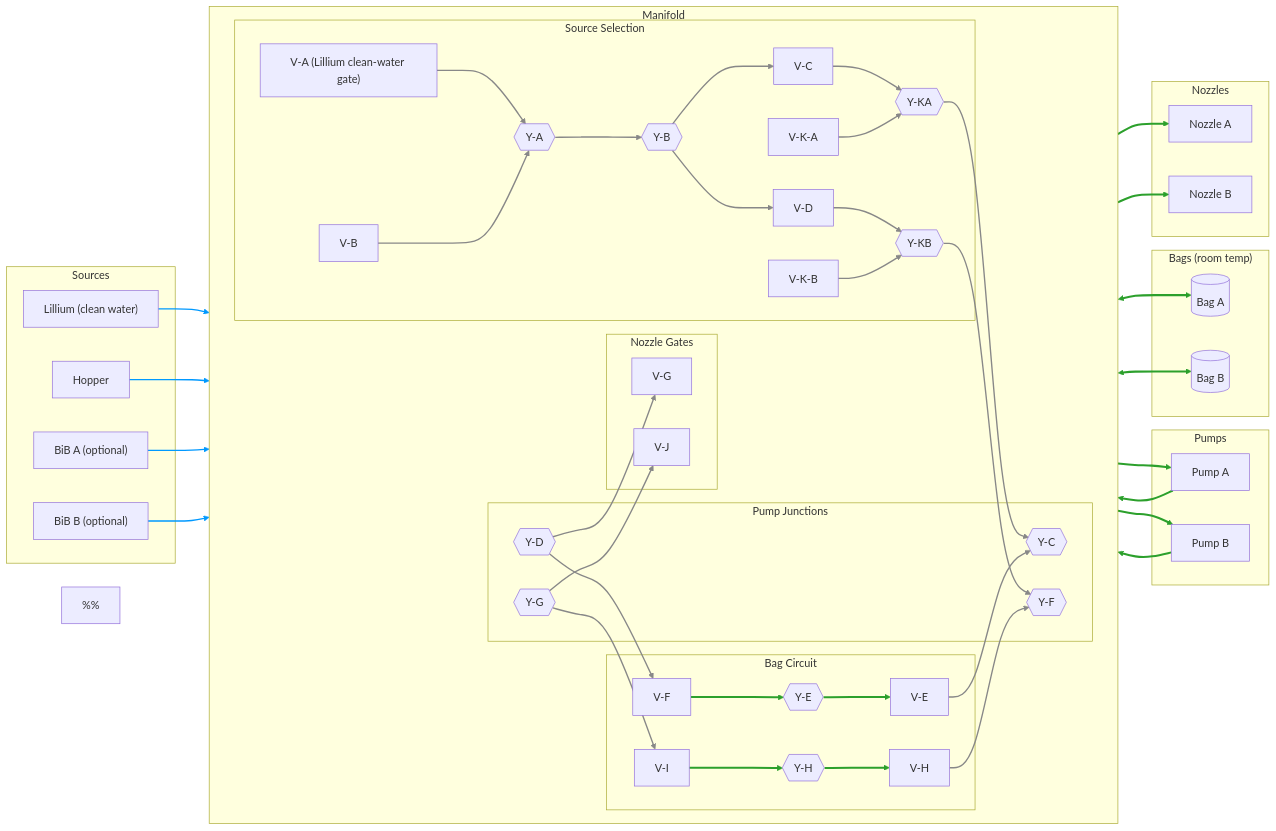
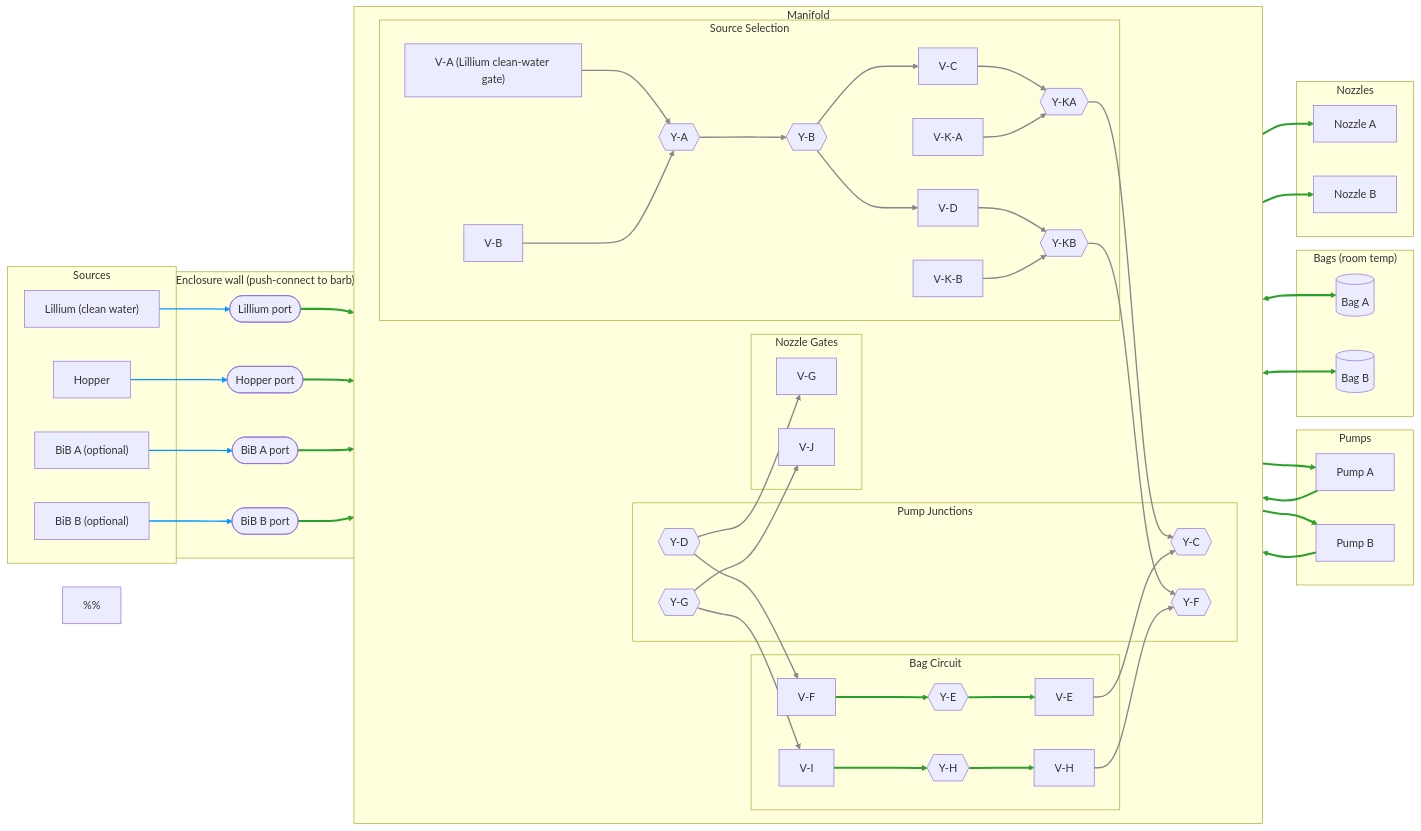
The diagram in pie-in-the-sky/lite/fluid-topology-manifold.mmd (derekbreden/homesodamachine), drawn with Mermaid before and after one commit.

Commit message:
pie-in-the-sky/lite: split manifold port edges at the enclosure wall
Each customer source now routes through an enclosure-wall port node — a
push-connect to barb bulkhead fitting — instead of straight to its valve.
The external push-connect stub (source -> port) stays blue; the long clear
tube from the port on to the manifold valve is green, like every other clear
run. Adds an "Enclosure wall" subgraph holding the four port fittings. Edge
count 33 -> 37; linkStyle indices renumbered (verified 1:1 across all edges).

```diff
--- a/pie-in-the-sky/lite/fluid-topology-manifold.mmd
+++ b/pie-in-the-sky/lite/fluid-topology-manifold.mmd
@@ -1,142 +1,160 @@
 flowchart LR
 
   %% =====================================================================
   %% Lite Edition — Flavor Manifold
   %% Pie-in-the-sky, not roadmap.
   %%
   %% Fork of the integrated manifold (/hardware/topology/fluid-topology-manifold.mmd
   %% and /hardware/topology/fluid-topology.md). Same valve set; the Lite differs in:
   %%   - No chill: the bag is a room-temperature reservoir, not a chilled buffer.
   %%   - V-A is fed from the customer's Lillium water outlet (no house-pressure
   %%     flow regulator).
   %%   - BiB (optional) dispenses DIRECT: BiB -> pump -> nozzle, no bag pre-load.
   %%     Same edges as the integrated build; it is an operations change (open the
   %%     nozzle gate, not the bag-fill gate). The internal bag is the hopper
   %%     reservoir only.
   %%
   %% Edge color = tube material:
   %%   green = clear NSF-51 PVC — the runs the user reads through the transparent
-  %%           enclosure while priming/refilling/cleaning by eye
+  %%           enclosure (nozzle lines, bag legs, pump loops) AND the long clear
+  %%           tube from each enclosure-wall port to its manifold valve
   %%   grey  = JG push-to-connect on LLDPE — hidden manifold routing
-  %%   blue  = customer push-connect ports — external connections in
+  %%   blue  = customer push-connect — the external stub from each source only up
+  %%           to its enclosure-wall port; that port is a PC->barb transition,
+  %%           where the run becomes green (clear) on the way to the manifold
   %% Clear runs join the PTC manifold via a JG stem-barb bridge at each takeoff.
   %%
   %% Candidate parts: PVCA-0204 (flavor, 1/8" ID), PVCA-0406 (clean-cycle, 1/4" ID),
-  %% PI250808S stem-barb bridge. Valves stay PTC.
+  %% PI250808S stem-barb bridge. Valves stay PTC. Wall ports are PC->barb bulkhead
+  %% fittings.
   %% Open: keep BiB or drop V-K-A/B; pump loops are clear only if the pump is visible.
   %% =====================================================================
 
   subgraph Sources["Sources"]
     Lillium["Lillium (clean water)"]
     Hopper["Hopper"]
     BiBA["BiB A (optional)"]
     BiBB["BiB B (optional)"]
+  end
+
+  subgraph EnclosureWall["Enclosure wall (push-connect to barb)"]
+    PortLillium(["Lillium port"])
+    PortHopper(["Hopper port"])
+    PortBiBA(["BiB A port"])
+    PortBiBB(["BiB B port"])
   end
 
   subgraph Pumps["Pumps"]
     PA["Pump A"]
     PB["Pump B"]
   end
 
   subgraph Bags["Bags (room temp)"]
     BagA[("Bag A")]
     BagB[("Bag B")]
   end
 
   subgraph Nozzles["Nozzles"]
     NozzleA["Nozzle A"]
     NozzleB["Nozzle B"]
   end
 
   subgraph Manifold["Manifold"]
     direction LR
 
     subgraph SourceSelection["Source Selection"]
       VA["V-A (Lillium clean-water gate)"]
       VB["V-B"]
       YA{{"Y-A"}}
       YB{{"Y-B"}}
       VC["V-C"]
       VD["V-D"]
       VKA["V-K-A"]
       VKB["V-K-B"]
       YKA{{"Y-KA"}}
       YKB{{"Y-KB"}}
     end
 
     subgraph MfPumps["Pump Junctions"]
       YC{{"Y-C"}}
       YD{{"Y-D"}}
       YF{{"Y-F"}}
       YG{{"Y-G"}}
     end
 
     subgraph MfNozzles["Nozzle Gates"]
       VG["V-G"]
       VJ["V-J"]
     end
 
     subgraph MfBags["Bag Circuit"]
       VE["V-E"]
       YE{{"Y-E"}}
       VF["V-F"]
       VH["V-H"]
       YH{{"Y-H"}}
       VI["V-I"]
     end
 
     %% manifold-internal edges (PTC, grey) — indices 0-16
     VA --> YA
     VB --> YA
     YA --> YB
     YB --> VC
     YB --> VD
     VC --> YKA
     VKA --> YKA
     VD --> YKB
     VKB --> YKB
     YKA --> YC
     YKB --> YF
     YD --> VG
     YD --> VF
     YG --> VJ
     YG --> VI
     VE --> YC
     VH --> YF
 
     %% bag-circuit legs (clear PVC) — indices 17-20
     VF --> YE
     YE --> VE
     VI --> YH
     YH --> VH
   end
 
-  %% customer push-connect ports (blue) — indices 21-24
-  Lillium --> VA
-  Hopper --> VB
-  BiBA --> VKA
-  BiBB --> VKB
+  %% Each source's external push-connect stub runs only up to its enclosure-wall
+  %% port (blue) — indices 21,23,25,27. At the port (a PC->barb bulkhead fitting)
+  %% the run becomes a long clear tube on to its manifold valve (green) —
+  %% indices 22,24,26,28.
+  Lillium --> PortLillium
+  PortLillium --> VA
+  Hopper --> PortHopper
+  PortHopper --> VB
+  BiBA --> PortBiBA
+  PortBiBA --> VKA
+  BiBB --> PortBiBB
+  PortBiBB --> VKB
 
-  %% pump loops (clear PVC, optional) — indices 25-28
+  %% pump loops (clear PVC, optional) — indices 29-32
   YC --> PA
   PA --> YD
   YF --> PB
   PB --> YG
 
-  %% bag runs (clear PVC) — indices 29-30
+  %% bag runs (clear PVC) — indices 33-34
   YE <--> BagA
   YH <--> BagB
 
-  %% nozzle lines (clear PVC) — indices 31-32
+  %% nozzle lines (clear PVC) — indices 35-36
   VG --> NozzleA
   VJ --> NozzleB
 
   %% =========================
   %% Edge styling (tube material)
   %% =========================
   %% PTC on LLDPE — hidden manifold routing
   linkStyle 0,1,2,3,4,5,6,7,8,9,10,11,12,13,14,15,16 stroke:#888,stroke-width:2px
-  %% Clear NSF-51 PVC — visible runs the user reads
-  linkStyle 17,18,19,20,25,26,27,28,29,30,31,32 stroke:#2ca02c,stroke-width:3px
-  %% Customer push-connect ports — external connections in
-  linkStyle 21,22,23,24 stroke:#09f,stroke-width:2px
+  %% Clear NSF-51 PVC — visible runs + each wall-port-to-valve clear run
+  linkStyle 17,18,19,20,22,24,26,28,29,30,31,32,33,34,35,36 stroke:#2ca02c,stroke-width:3px
+  %% Customer push-connect — external stub from each source to its enclosure-wall port
+  linkStyle 21,23,25,27 stroke:#09f,stroke-width:2px
```
